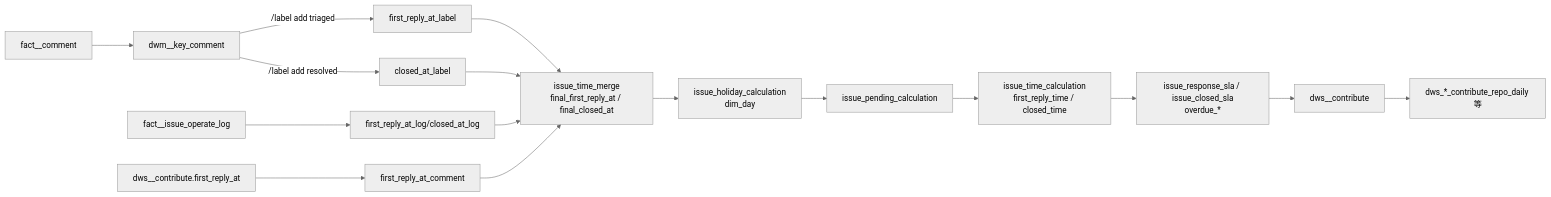
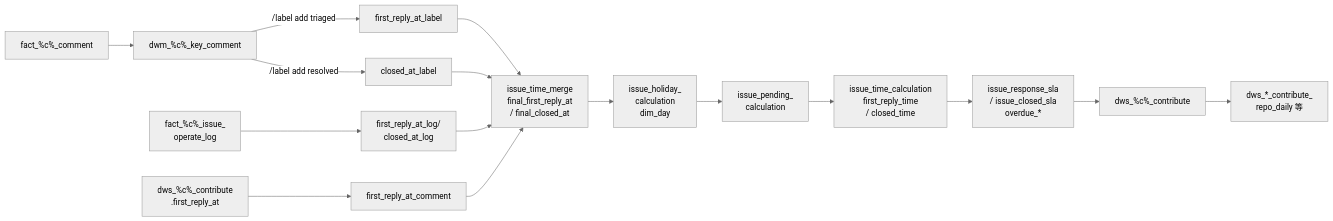
One commit to Kaede10/om-data changed the fourth of 5 diagrams in src/om-datacenter.md. Above: the diagram before and after it, drawn with Mermaid (neutral theme). The commit also changed other lines of this file, not shown here.

````diff
--- a/src/om-datacenter.md
+++ b/src/om-datacenter.md
@@ -357,16 +358,16 @@
 ```mermaid
 graph LR
-    COM[fact_<c>_comment] --> DWMK[dwm_<c>_key_comment]
+    COM[fact_%c%_comment] --> DWMK[dwm_%c%_key_comment]
     DWMK --> |/label add triaged| LBL[first_reply_at_label]
     DWMK --> |/label add resolved| LBLC[closed_at_label]
-    OPLOG[fact_<c>_issue_operate_log] --> LOG[first_reply_at_log/closed_at_log]
-    DWS_C2[dws_<c>_contribute.first_reply_at] --> COMMENT[first_reply_at_comment]
+    OPLOG[fact_%c%_issue_<br/>operate_log] --> LOG[first_reply_at_log/<br/>closed_at_log]
+    DWS_C2[dws_%c%_contribute<br/>.first_reply_at] --> COMMENT[first_reply_at_comment]
 
-    LBL & LOG & COMMENT & LBLC --> MERGE[issue_time_merge<br/>final_first_reply_at / final_closed_at]
-    MERGE --> HOL[issue_holiday_calculation<br/>dim_day]
-    HOL --> PEN[issue_pending_calculation]
-    PEN --> STAGE5[issue_time_calculation<br/>first_reply_time / closed_time]
-    STAGE5 --> SLA[issue_response_sla / issue_closed_sla<br/>overdue_*]
-    SLA --> DWS_C3[dws_<c>_contribute]
-    DWS_C3 --> DAILY[dws_*_contribute_repo_daily 等]
+    LBL & LOG & COMMENT & LBLC --> MERGE[issue_time_merge<br/>final_first_reply_at<br/>/ final_closed_at]
+    MERGE --> HOL[issue_holiday_<br/>calculation<br/>dim_day]
+    HOL --> PEN[issue_pending_<br/>calculation]
+    PEN --> STAGE5[issue_time_calculation<br/>first_reply_time<br/>/ closed_time]
+    STAGE5 --> SLA[issue_response_sla<br/>/ issue_closed_sla<br/>overdue_*]
+    SLA --> DWS_C3[dws_%c%_contribute]
+    DWS_C3 --> DAILY[dws_*_contribute_<br/>repo_daily 等]
 ```
````
